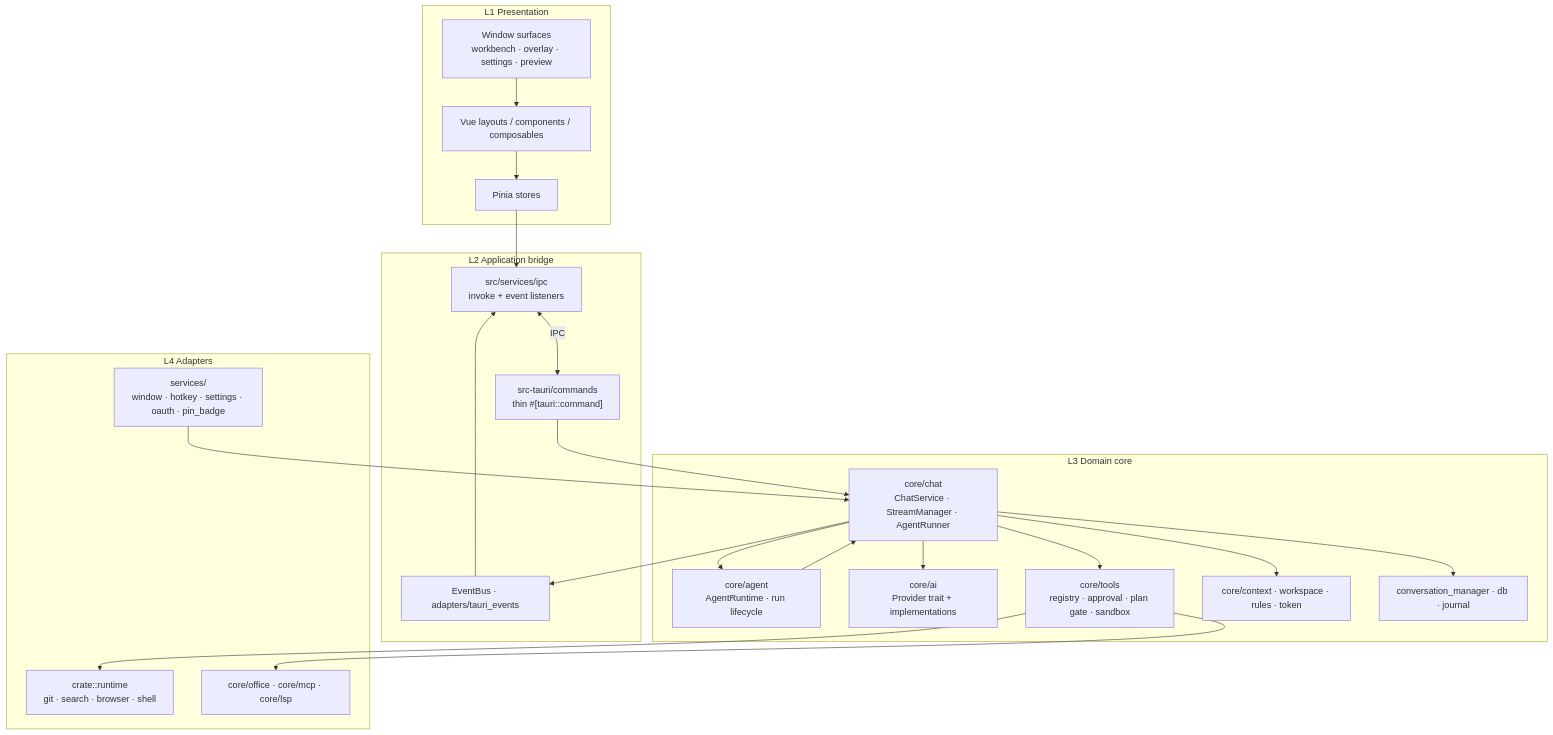
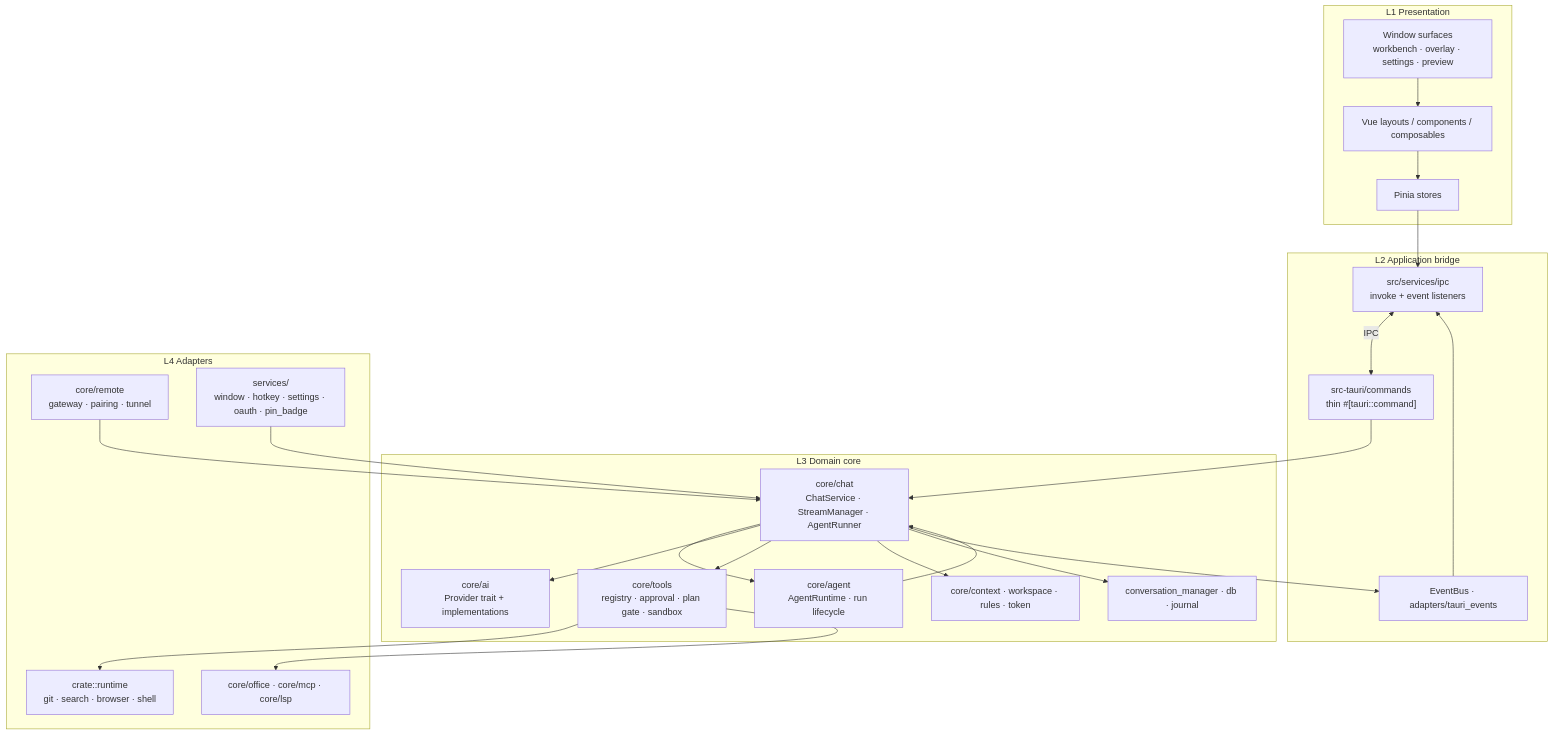
The second of 14 diagrams in docs/architecture-overview.md (rururunu/Anya), drawn with Mermaid before and after one commit. The commit also changed other lines of this file and 71 other files, not shown here.

````diff
--- a/docs/architecture-overview.md
+++ b/docs/architecture-overview.md
@@ -77,44 +80,46 @@
 ```mermaid
 flowchart TB
   subgraph Presentation["L1 Presentation"]
     Win["Window surfaces<br/>workbench · overlay · settings · preview"]
     UI["Vue layouts / components / composables"]
     Store["Pinia stores"]
   end
 
   subgraph Bridge["L2 Application bridge"]
     FeIpc["src/services/ipc<br/>invoke + event listeners"]
     Cmd["src-tauri/commands<br/>thin #[tauri::command]"]
     Bus["EventBus · adapters/tauri_events"]
   end
 
   subgraph Domain["L3 Domain core"]
     Chat["core/chat<br/>ChatService · StreamManager · AgentRunner"]
     AgentShell["core/agent<br/>AgentRuntime · run lifecycle"]
     Ai["core/ai<br/>Provider trait + implementations"]
     Tools["core/tools<br/>registry · approval · plan gate · sandbox"]
     Ctx["core/context · workspace · rules · token"]
     Persist["conversation_manager · db · journal"]
   end
 
   subgraph Adapters["L4 Adapters"]
     Rt["crate::runtime<br/>git · search · browser · shell"]
     OfficeCore["core/office · core/mcp · core/lsp"]
+    Remote["core/remote<br/>gateway · pairing · tunnel"]
     Svc["services/<br/>window · hotkey · settings · oauth · pin_badge"]
   end
 
   Win --> UI --> Store --> FeIpc
   FeIpc <-->|IPC| Cmd
   Cmd --> Chat
   Svc --> Chat
   Chat --> AgentShell
   AgentShell --> Chat
   Chat --> Ai
   Chat --> Tools
   Chat --> Ctx
   Chat --> Persist
   Tools --> Rt
   Tools --> OfficeCore
+  Remote --> Chat
   Bus --> FeIpc
   Chat --> Bus
 ```
````
